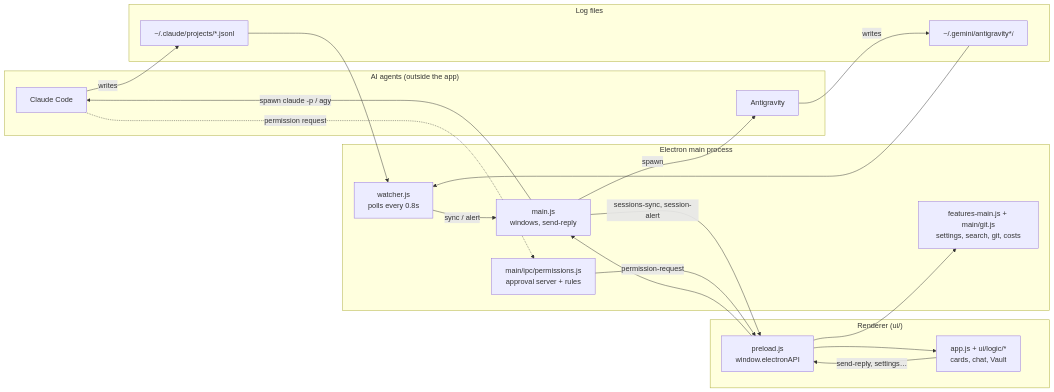
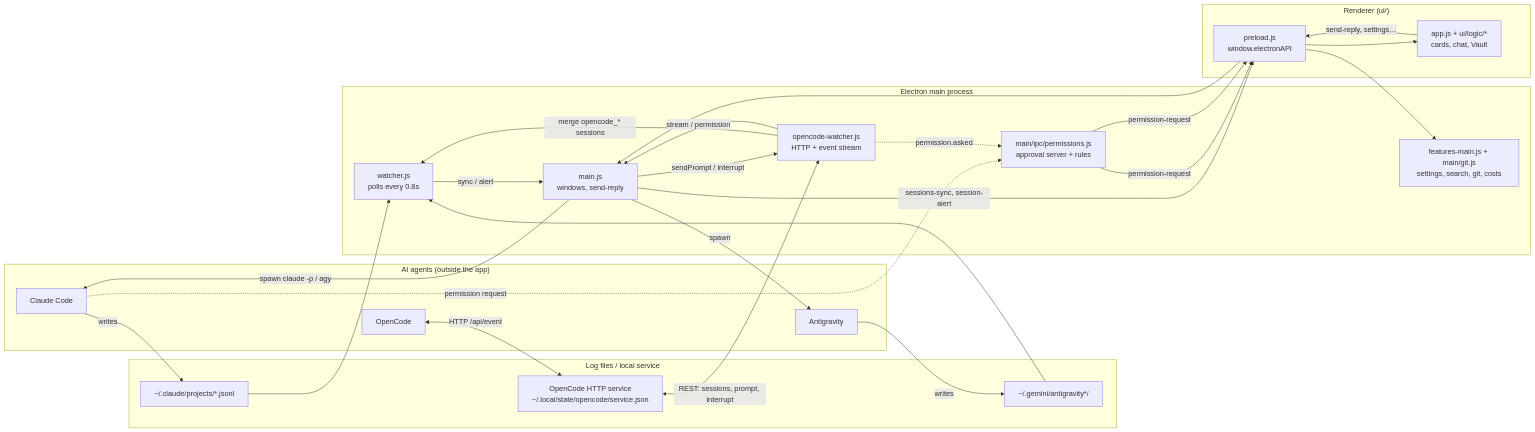
One commit to nuttaponkhamkul123/Claude-Windows-Classic-Shell-overlay changed the first of 4 diagrams in docs/FLOW.md. Above: the diagram before and after it, drawn with Mermaid. The commit also changed other lines of this file and 24 other files, not shown here.

First line of the commit message:
OpenCode as a third agent: sessions, replies, approvals and model picking via its background service

````diff
--- a/docs/FLOW.md
+++ b/docs/FLOW.md
@@ -7,33 +7,42 @@
 ```mermaid
 flowchart LR
   subgraph Agents["AI agents (outside the app)"]
     CC["Claude Code"]
     AG["Antigravity"]
+    OC["OpenCode"]
   end
-  subgraph Disk["Log files"]
+  subgraph Disk["Log files / local service"]
     CL["~/.claude/projects/*.jsonl"]
     GL["~/.gemini/antigravity*/"]
+    SV["OpenCode HTTP service<br/>~/.local/state/opencode/service.json"]
   end
   subgraph Main["Electron main process"]
     W["watcher.js<br/>polls every 0.8s"]
+    OW["opencode-watcher.js<br/>HTTP + event stream"]
     M["main.js<br/>windows, send-reply"]
     P["main/ipc/permissions.js<br/>approval server + rules"]
     F["features-main.js + main/git.js<br/>settings, search, git, costs"]
   end
   subgraph UI["Renderer (ui/)"]
     PL["preload.js<br/>window.electronAPI"]
     A["app.js + ui/logic/*<br/>cards, chat, Vault"]
   end
 
   CC -- writes --> CL
   AG -- writes --> GL
   CL --> W
   GL --> W
+  OC <-- "HTTP /api/event" --> SV
+  SV <-- "REST: sessions, prompt, interrupt" --> OW
+  OW -- "merge opencode_* sessions" --> W
+  OW -- "stream / permission" --> M
   W -- "sync / alert" --> M
   M -- "sessions-sync, session-alert" --> PL --> A
   A -- "send-reply, settings…" --> PL --> M
   PL --> F
   M -- "spawn claude -p / agy" --> CC
   M -- spawn --> AG
+  M -- "sendPrompt / interrupt" --> OW
   CC -. "permission request" .-> P -- "permission-request" --> PL
+  OW -. "permission.asked" .-> P -- "permission-request" --> PL
 ```
````
